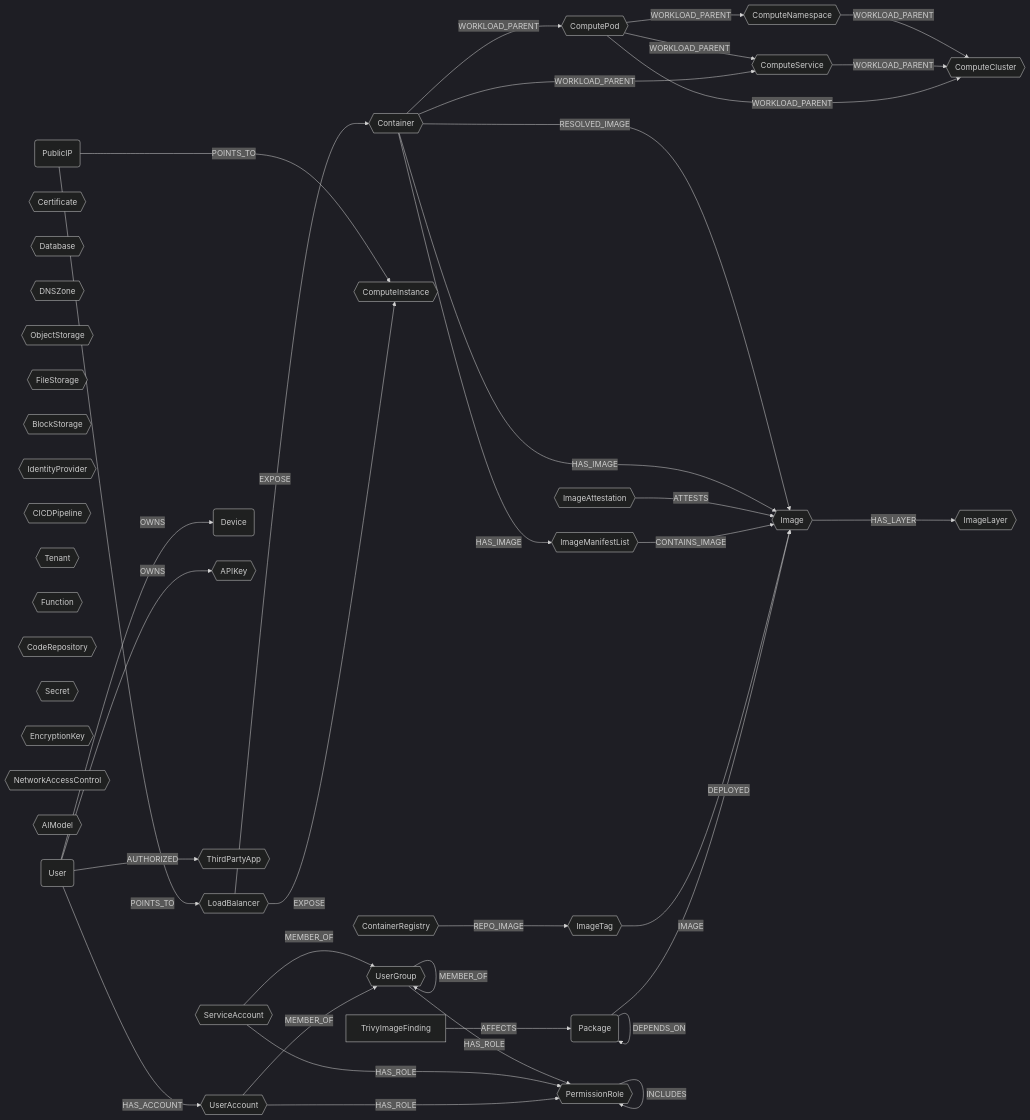
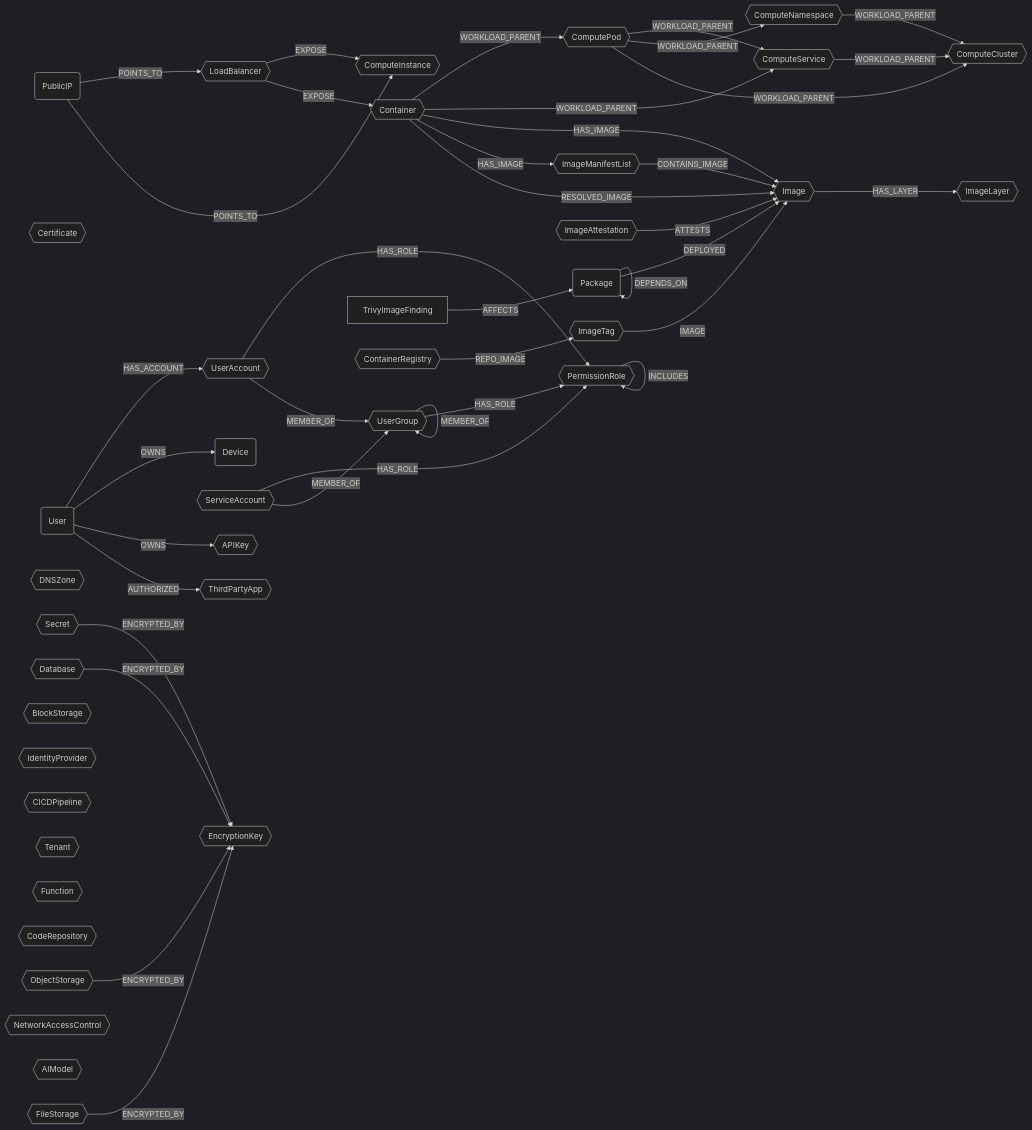
The diagram in docs/root/modules/ontology/schema.md (cartography-cncf/cartography), drawn with Mermaid (dark theme) before and after one commit. The commit also changed other lines of this file and 8 other files, not shown here.

````diff
--- a/docs/root/modules/ontology/schema.md
+++ b/docs/root/modules/ontology/schema.md
@@ -6,59 +6,63 @@
 ```mermaid
 graph LR
 
 U(User) -- HAS_ACCOUNT --> UA{{UserAccount}}
 U -- OWNS --> CC(Device)
 U -- OWNS --> AK{{APIKey}}
 U -- AUTHORIZED --> OA{{ThirdPartyApp}}
 UG{{UserGroup}}
 SA{{ServiceAccount}}
 CERT{{Certificate}}
 LB{{LoadBalancer}} -- EXPOSE --> CI{{ComputeInstance}}
 LB{{LoadBalancer}} -- EXPOSE --> CT{{Container}}
 CL{{ComputeCluster}}
 CS{{ComputeService}}
 CNS{{ComputeNamespace}}
 CP{{ComputePod}}
 CT -- WORKLOAD_PARENT --> CP
 CT -- WORKLOAD_PARENT --> CS
 CP -- WORKLOAD_PARENT --> CS
 CP -- WORKLOAD_PARENT --> CNS
 CP -- WORKLOAD_PARENT --> CL
 CS -- WORKLOAD_PARENT --> CL
 CNS -- WORKLOAD_PARENT --> CL
 DB{{Database}}
 DZ{{DNSZone}}
 OS{{ObjectStorage}}
 FS{{FileStorage}}
 BS{{BlockStorage}}
 IDP{{IdentityProvider}}
 CICD{{CICDPipeline}}
 TN{{Tenant}}
 FN{{Function}}
 REPO{{CodeRepository}}
 SC{{Secret}}
 EK{{EncryptionKey}}
+SC -- ENCRYPTED_BY --> EK
+DB -- ENCRYPTED_BY --> EK
+OS -- ENCRYPTED_BY --> EK
+FS -- ENCRYPTED_BY --> EK
 PR{{PermissionRole}}
 UA -- HAS_ROLE --> PR
 SA -- HAS_ROLE --> PR
 UG -- HAS_ROLE --> PR
 PR -- INCLUDES --> PR
 UA -- MEMBER_OF --> UG
 SA -- MEMBER_OF --> UG
 UG -- MEMBER_OF --> UG
 NAC{{NetworkAccessControl}}
 AIM{{AIModel}}
 PIP(PublicIP) -- POINTS_TO --> LB
 PIP -- POINTS_TO --> CI
 PKG(Package) -- DEPLOYED --> IM{{Image}}
 PKG -- DEPENDS_ON --> PKG
 F[TrivyImageFinding] -- AFFECTS --> PKG
 CR{{ContainerRegistry}} -- REPO_IMAGE --> IT{{ImageTag}}
 IT -- IMAGE --> IM
 IML{{ImageManifestList}} -- CONTAINS_IMAGE --> IM
 IA{{ImageAttestation}} -- ATTESTS --> IM
 IM -- HAS_LAYER --> IL{{ImageLayer}}
 CT -- HAS_IMAGE --> IM
 CT -- HAS_IMAGE --> IML
 CT -- RESOLVED_IMAGE --> IM
 ```
````
